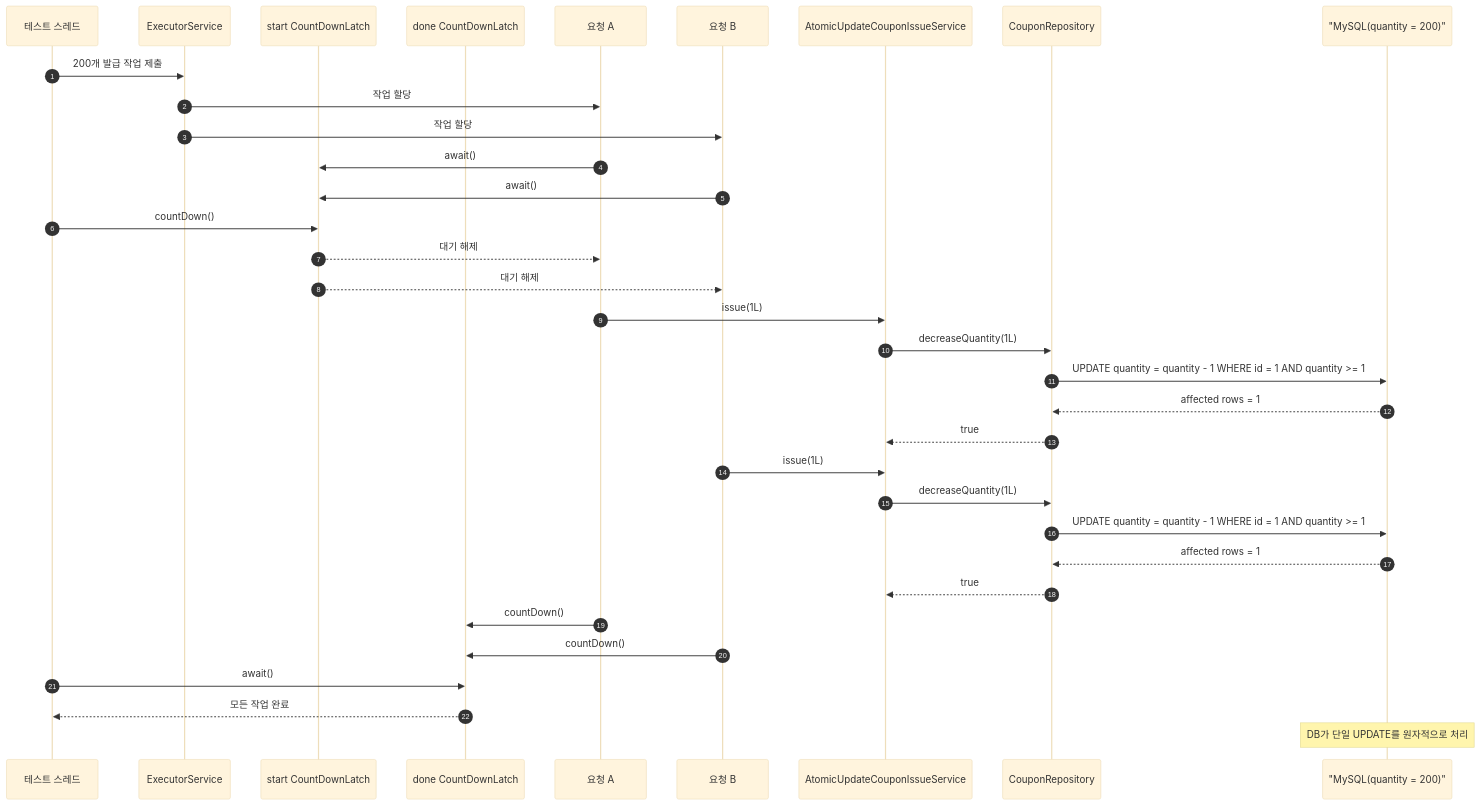
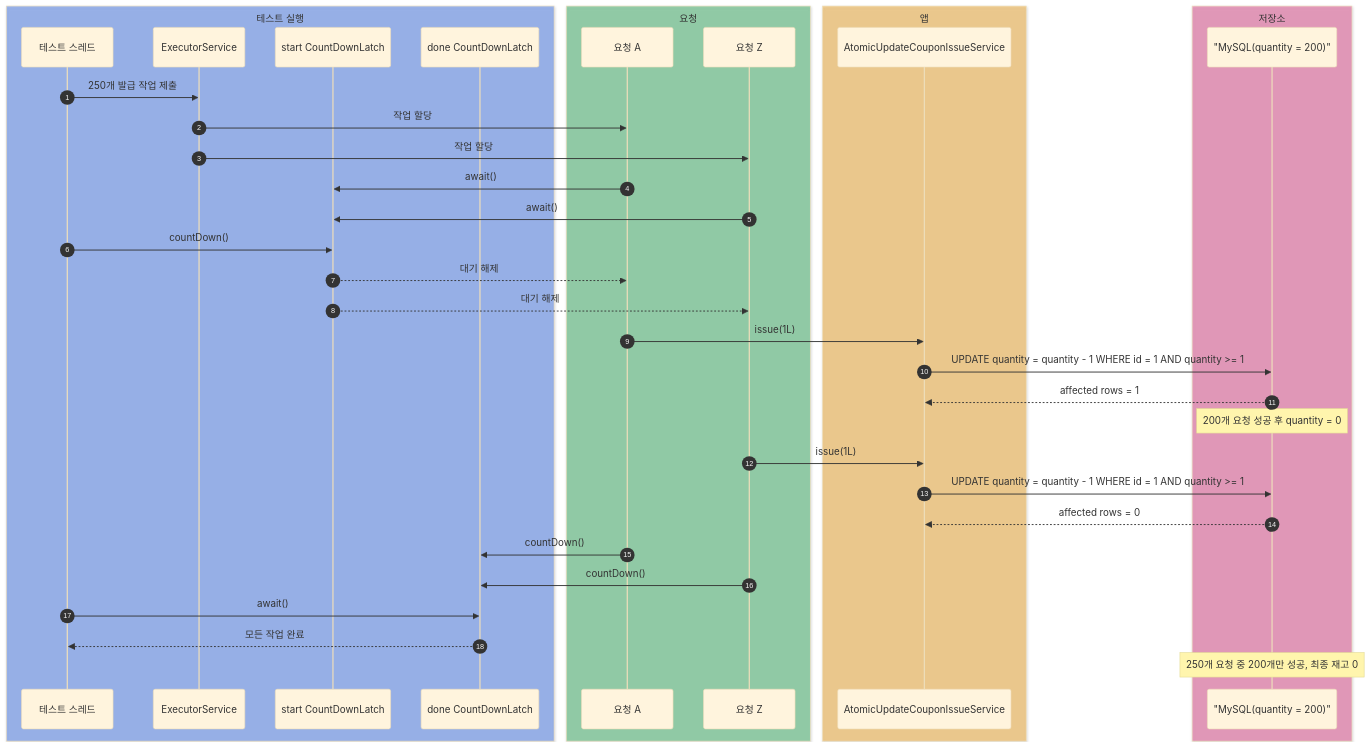
The third of 9 diagrams in labs/coupon-issue/README.md (HJC96/deep-dive), drawn with Mermaid (base theme) before and after one commit. The commit also changed other lines of this file and 6 other files, not shown here.

````diff
--- a/labs/coupon-issue/README.md
+++ b/labs/coupon-issue/README.md
@@ -234,42 +252,47 @@
 ```mermaid
 sequenceDiagram
     autonumber
+    box rgba(37, 99, 235, 0.40) 테스트 실행
     participant Test as 테스트 스레드
     participant Executor as ExecutorService
     participant StartLatch as start CountDownLatch
     participant DoneLatch as done CountDownLatch
+    end
+    box rgba(22, 163, 74, 0.40) 요청
     participant A as 요청 A
-    participant B as 요청 B
+    participant Z as 요청 Z
+    end
+    box rgba(245, 158, 11, 0.40) 앱
     participant Service as AtomicUpdateCouponIssueService
-    participant Repository as CouponRepository
+    end
+    box rgba(219, 39, 119, 0.40) 저장소
     participant DB as "MySQL(quantity = 200)"
+    end
 
-    Test->>Executor: 200개 발급 작업 제출
+    Test->>Executor: 250개 발급 작업 제출
     Executor->>A: 작업 할당
-    Executor->>B: 작업 할당
+    Executor->>Z: 작업 할당
     A->>StartLatch: await()
-    B->>StartLatch: await()
+    Z->>StartLatch: await()
 
     Test->>StartLatch: countDown()
     StartLatch-->>A: 대기 해제
-    StartLatch-->>B: 대기 해제
+    StartLatch-->>Z: 대기 해제
 
     A->>Service: issue(1L)
-    Service->>Repository: decreaseQuantity(1L)
-    Repository->>DB: UPDATE quantity = quantity - 1 WHERE id = 1 AND quantity >= 1
-    DB-->>Repository: affected rows = 1
-    Repository-->>Service: true
+    Service->>DB: UPDATE quantity = quantity - 1 WHERE id = 1 AND quantity >= 1
+    DB-->>Service: affected rows = 1
 
-    B->>Service: issue(1L)
-    Service->>Repository: decreaseQuantity(1L)
-    Repository->>DB: UPDATE quantity = quantity - 1 WHERE id = 1 AND quantity >= 1
-    DB-->>Repository: affected rows = 1
-    Repository-->>Service: true
+    Note over DB: 200개 요청 성공 후 quantity = 0
+
+    Z->>Service: issue(1L)
+    Service->>DB: UPDATE quantity = quantity - 1 WHERE id = 1 AND quantity >= 1
+    DB-->>Service: affected rows = 0
 
     A->>DoneLatch: countDown()
-    B->>DoneLatch: countDown()
+    Z->>DoneLatch: countDown()
     Test->>DoneLatch: await()
     DoneLatch-->>Test: 모든 작업 완료
 
-    Note over DB: DB가 단일 UPDATE를 원자적으로 처리
+    Note over DB: 250개 요청 중 200개만 성공, 최종 재고 0
 ```
````
